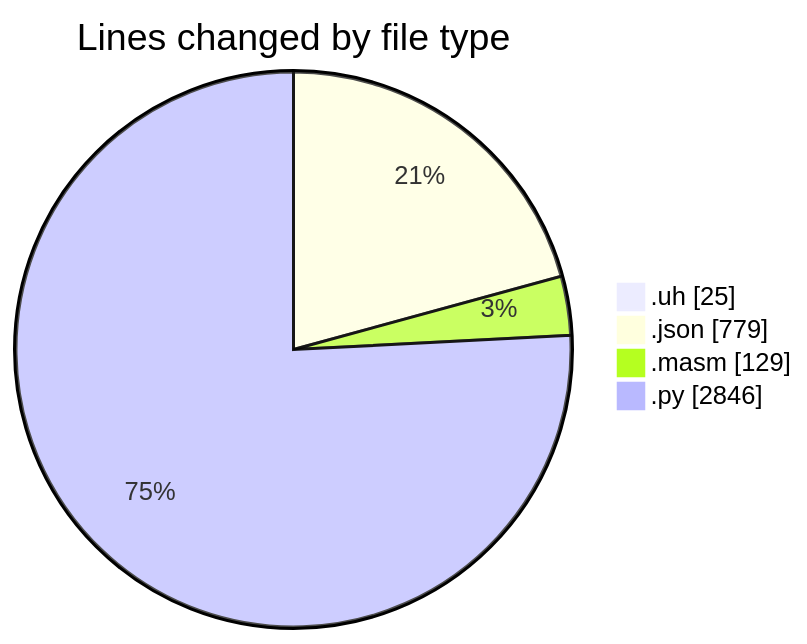
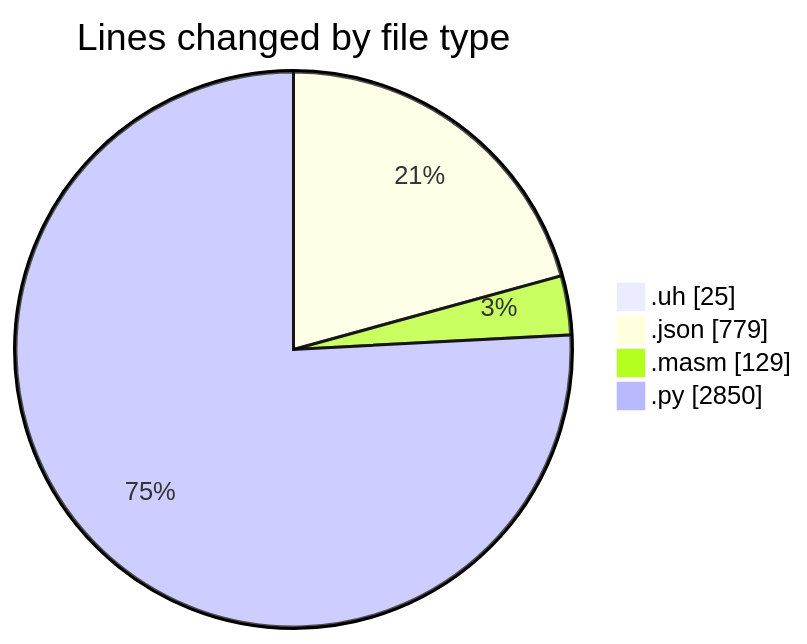
The first of 2 diagrams in 2025-04-30/uhigh-lang/README.md (charlie-sans/code-tracking), drawn with Mermaid before and after one commit. The commit also changed other lines of this file and 1 other file, not shown here.

````diff
--- a/2025-04-30/uhigh-lang/README.md
+++ b/2025-04-30/uhigh-lang/README.md
@@ -26,8 +26,8 @@
 ```mermaid
 pie showData
 title Lines changed by file type
 ".uh" : 25
 ".json" : 779
 ".masm" : 129
-".py" : 2846
+".py" : 2850
 ```
````
